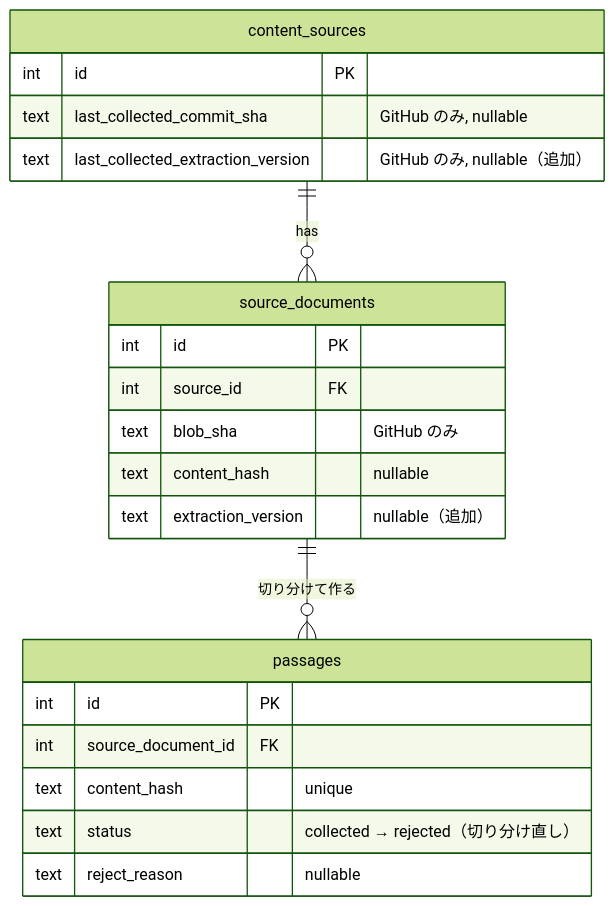
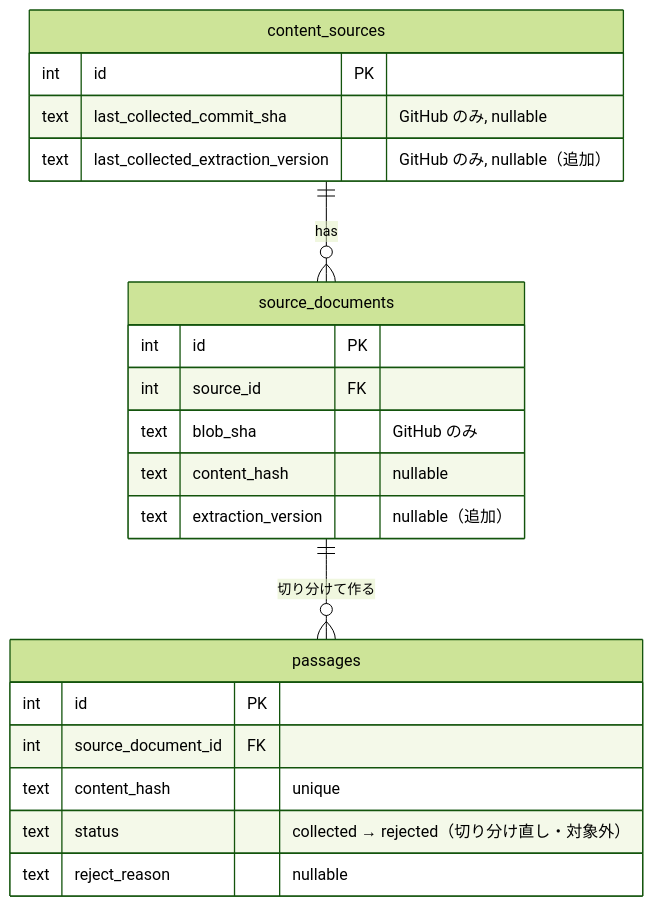
One commit to kentakki416/tech-english changed the first of 2 diagrams in docs/spec/passage-extraction-tuning/README.md. Above: the diagram before and after it, drawn with Mermaid (forest theme). The commit also changed other lines of this file and 2 other files, not shown here.

````diff
--- a/docs/spec/passage-extraction-tuning/README.md
+++ b/docs/spec/passage-extraction-tuning/README.md
@@ -228,24 +270,24 @@
 ```mermaid
 erDiagram
     content_sources ||--o{ source_documents : has
     source_documents ||--o{ passages : "切り分けて作る"
     content_sources {
         int id PK
         text last_collected_commit_sha "GitHub のみ, nullable"
         text last_collected_extraction_version "GitHub のみ, nullable（追加）"
     }
     source_documents {
         int id PK
         int source_id FK
         text blob_sha "GitHub のみ"
         text content_hash "nullable"
         text extraction_version "nullable（追加）"
     }
     passages {
         int id PK
         int source_document_id FK
         text content_hash "unique"
-        text status "collected → rejected（切り分け直し）"
+        text status "collected → rejected（切り分け直し・対象外）"
         text reject_reason "nullable"
     }
 ```
````
